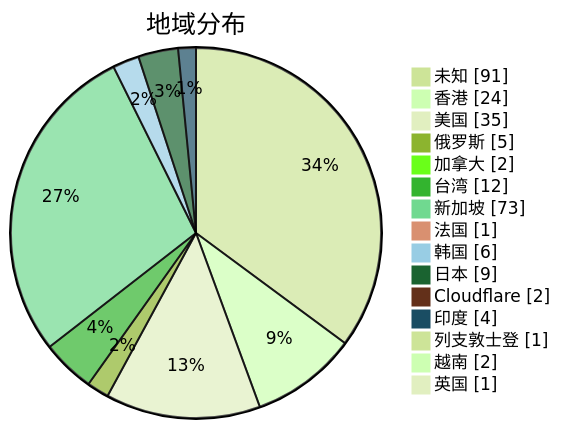
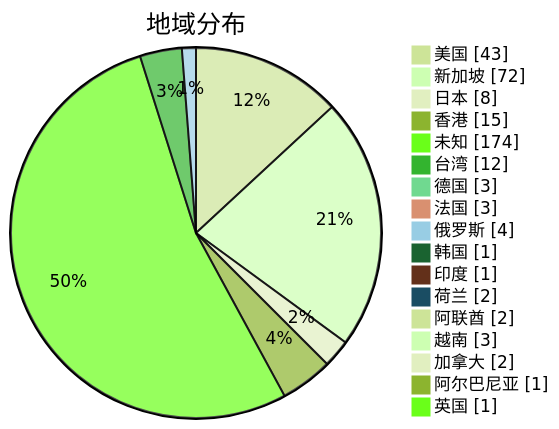
Before and after one commit to sinspired/airport: the second of 3 diagrams in subs/statistics/tested_within.md, drawn with Mermaid (forest theme). The commit also changed other lines of this file and 2 other files, not shown here.

````diff
--- a/subs/statistics/tested_within.md
+++ b/subs/statistics/tested_within.md
@@ -15,19 +18,21 @@
 ```mermaid
 pie showData
 title 地域分布
-"未知" : 91
-"香港" : 24
-"美国" : 35
-"俄罗斯" : 5
+"美国" : 43
+"新加坡" : 72
+"日本" : 8
+"香港" : 15
+"未知" : 174
+"台湾" : 12
+"德国" : 3
+"法国" : 3
+"俄罗斯" : 4
+"韩国" : 1
+"印度" : 1
+"荷兰" : 2
+"阿联酋" : 2
+"越南" : 3
 "加拿大" : 2
-"台湾" : 12
-"新加坡" : 73
-"法国" : 1
-"韩国" : 6
-"日本" : 9
-"Cloudflare" : 2
-"印度" : 4
-"列支敦士登" : 1
-"越南" : 2
+"阿尔巴尼亚" : 1
 "英国" : 1
 ```
````
